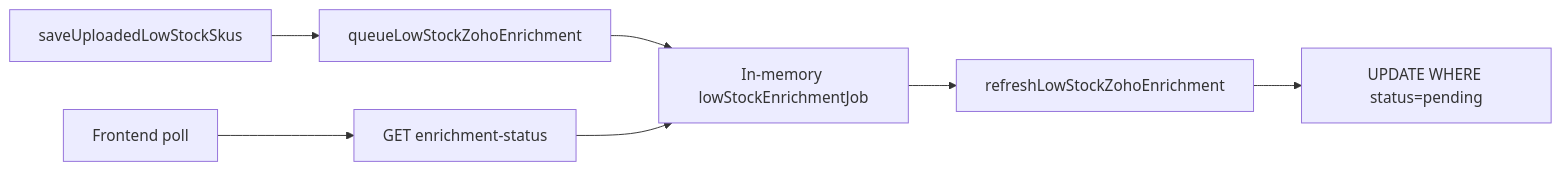
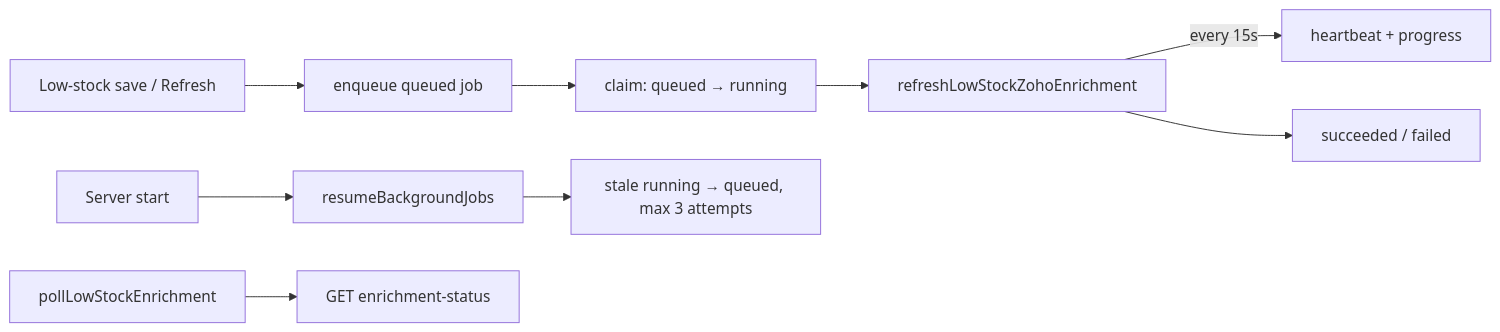
Before and after one commit to FairoozM/hr-attendance-app: the second of 2 diagrams in docs/purchase-planning.md, drawn with Mermaid. The commit also changed other lines of this file and 24 other files, not shown here.

````diff
--- a/docs/purchase-planning.md
+++ b/docs/purchase-planning.md
@@ -302,9 +128,11 @@
 ```mermaid
 flowchart LR
-  Save[saveUploadedLowStockSkus] --> Queue[queueLowStockZohoEnrichment]
-  Queue --> Job[In-memory lowStockEnrichmentJob]
-  Job --> Refresh[refreshLowStockZohoEnrichment]
-  Refresh --> PendingOnly["UPDATE WHERE status=pending"]
-  UI[Frontend poll] --> Status[GET enrichment-status]
-  Status --> Job
+  Save[Low-stock save / Refresh] --> Enqueue[enqueue queued job]
+  Enqueue --> Claim[claim: queued → running]
+  Claim --> Run[refreshLowStockZohoEnrichment]
+  Run -->|every 15s| Heartbeat[heartbeat + progress]
+  Run --> Done[succeeded / failed]
+  Boot[Server start] --> Resume[resumeBackgroundJobs]
+  Resume --> Requeue[stale running → queued, max 3 attempts]
+  UI[pollLowStockEnrichment] --> Status[GET enrichment-status]
 ```
````
